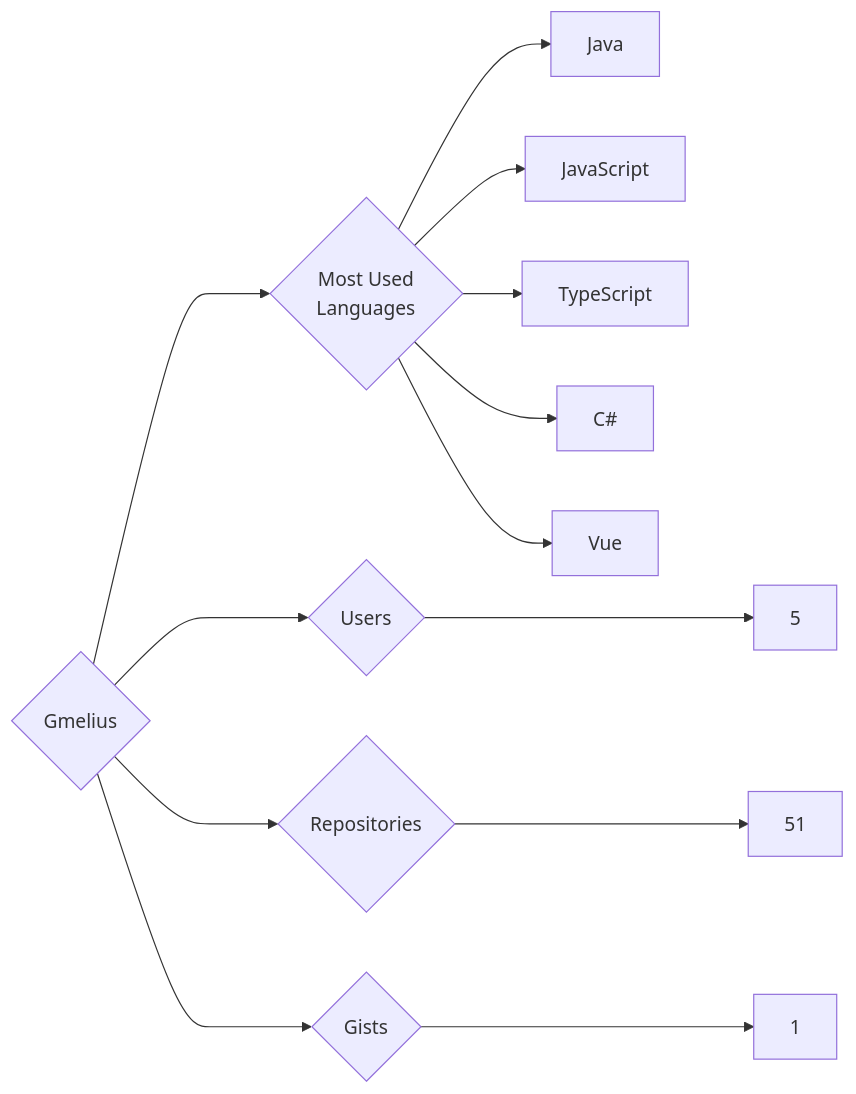
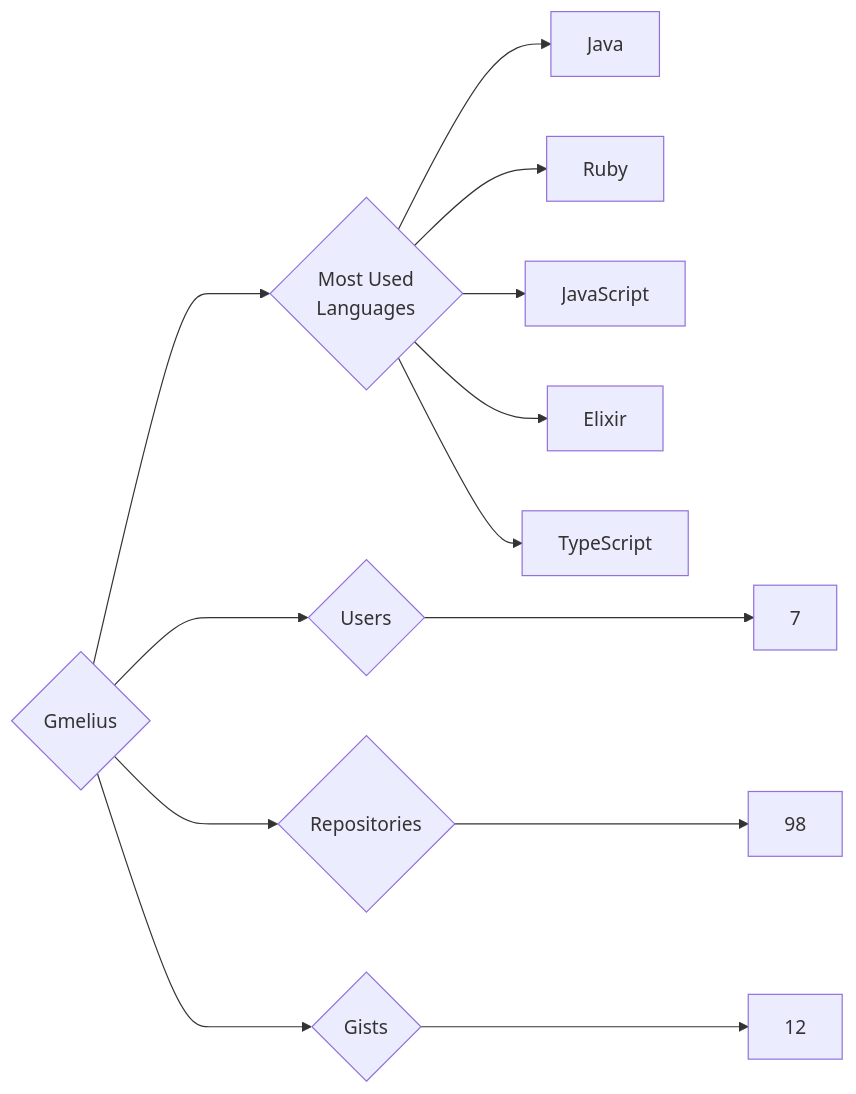
The diagram in targets/Gmelius/README.md (trickest/insiders), drawn with Mermaid before and after one commit. The commit also changed 924 other files, not shown here.

````diff
--- a/targets/Gmelius/README.md
+++ b/targets/Gmelius/README.md
@@ -3,13 +3,13 @@
 ```mermaid
 graph LR
 COMPANY_NAME{Gmelius}
-COMPANY_NAME ---> U{Users} ---> UN[5]
-COMPANY_NAME ---> R{Repositories} ---> RN[51]
-COMPANY_NAME ---> G{Gists} ---> GN[1]
+COMPANY_NAME ---> U{Users} ---> UN[7]
+COMPANY_NAME ---> R{Repositories} ---> RN[98]
+COMPANY_NAME ---> G{Gists} ---> GN[12]
 COMPANY_NAME ---> ML{Most Used<br>Languages}
 ML --> Java[Java]
+ML --> Ruby[Ruby]
 ML --> JavaScript[JavaScript]
+ML --> Elixir[Elixir]
 ML --> TypeScript[TypeScript]
-ML --> C#[C#]
-ML --> Vue[Vue]
 ```
````
